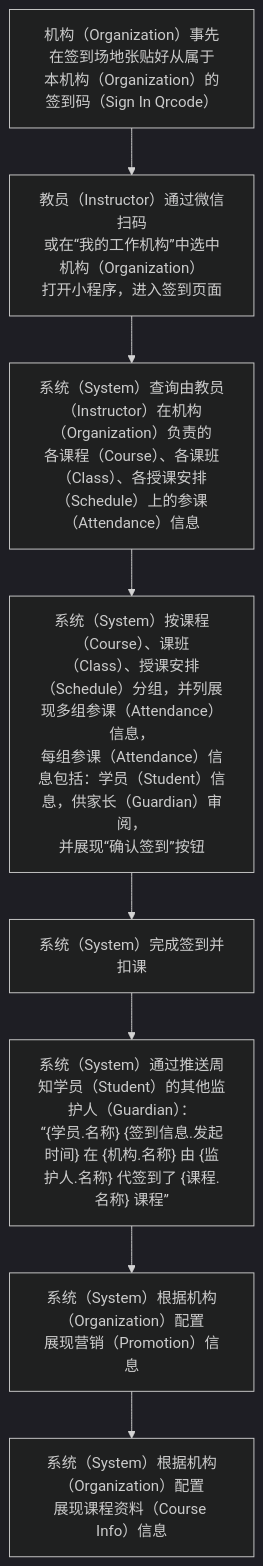
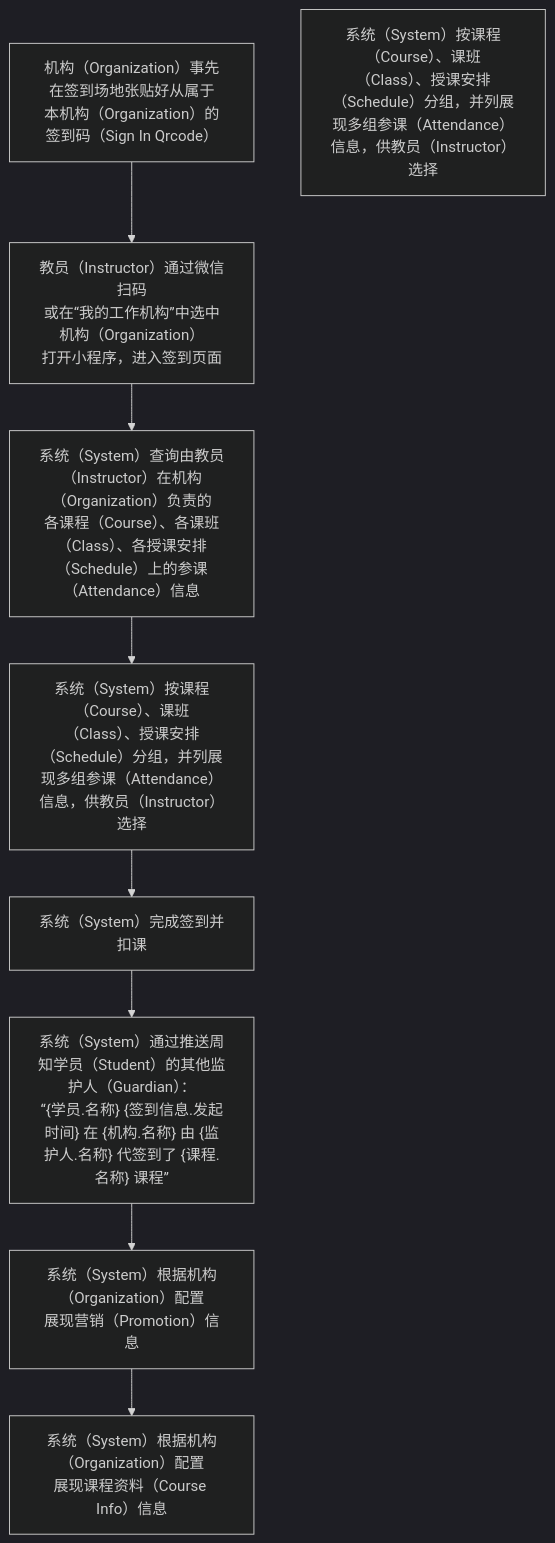
One commit to world-wide-web/sign changed the third of 3 diagrams in 用例/签到.md. Above: the diagram before and after it, drawn with Mermaid (dark theme). The commit also changed other lines of this file, not shown here.

Commit message:
用例/签到.md updated from https://stackedit.io/

````diff
--- a/用例/签到.md
+++ b/用例/签到.md
@@ -81,18 +81,19 @@
 ```mermaid
 graph TD
 A["<center>机构（Organization）事先在签到场地张贴好从属于<br>本机构（Organization）的签到码（Sign In Qrcode）</center>"]
 B["<center>教员（Instructor）通过微信扫码<br>或在“我的工作机构”中选中机构（Organization）<br>打开小程序，进入签到页面</center>"]
 C["<center>系统（System）查询由教员（Instructor）在机构（Organization）负责的<br>各课程（Course）、各课班（Class）、各授课安排（Schedule）上的参课（Attendance）信息"]
-D["<center>系统（System）按课程（Course）、课班（Class）、授课安排（Schedule）分组，并列展现多组参课（Attendance）信息，<br>每组参课（Attendance）信息包括：学员（Student）信息，供家长（Guardian）审阅，<br>并展现“确认签到”按钮</center>"]
+D["<center>系统（System）按课程（Course）、课班（Class）、授课安排（Schedule）分组，并列展现多组参课（Attendance）信息，供教员（Instructor）选择</center>"]
+D1["<center>系统（System）按课程（Course）、课班（Class）、授课安排（Schedule）分组，并列展现多组参课（Attendance）信息，供教员（Instructor）选择</center>"]
 E["<center>系统（System）完成签到并扣课</center>"]
 F["<center>系统（System）通过推送周知学员（Student）的其他监护人（Guardian）：<br>“{学员.名称} {签到信息.发起时间} 在 {机构.名称} 由 {监护人.名称} 代签到了 {课程.名称} 课程”</center>"]
 G["<center>系统（System）根据机构（Organization）配置<br>展现营销（Promotion）信息</center>"]
 H["<center>系统（System）根据机构（Organization）配置<br>展现课程资料（Course Info）信息</center>"]
 A-->B
 B-->C
 C-->D
 D-->E
 E-->F
 F-->G
 G-->H
 ```
````
